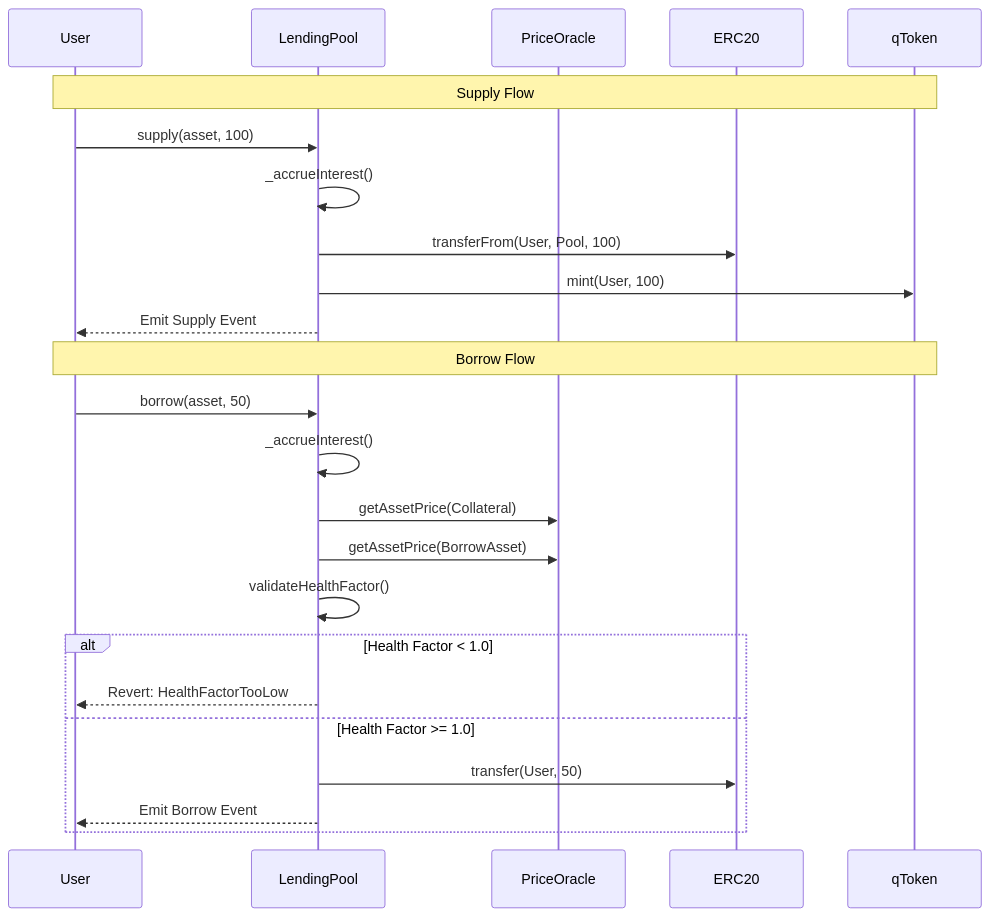
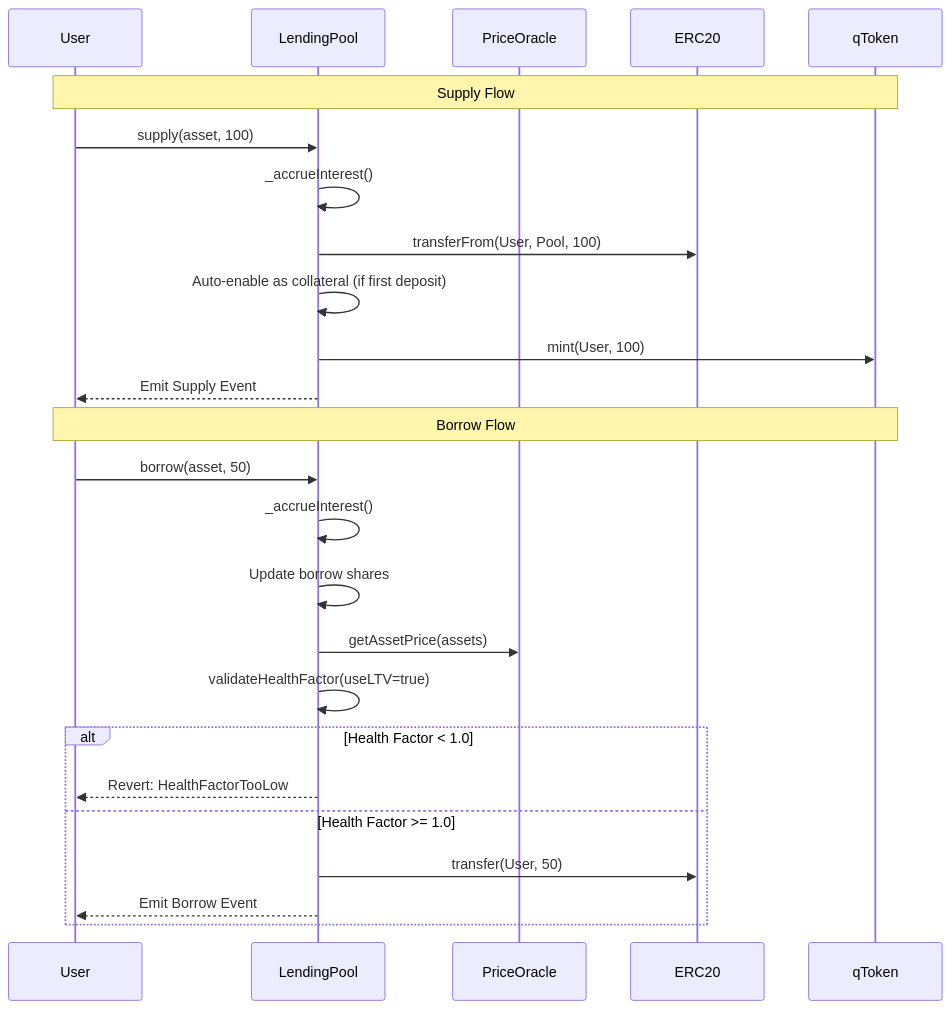
Before and after one commit to arifintahu/quicklend: the second of 3 diagrams in smart-contract/README.md, drawn with Mermaid. The commit also changed other lines of this file, not shown here.

````diff
--- a/smart-contract/README.md
+++ b/smart-contract/README.md
@@ -36,30 +77,31 @@
 ```mermaid
 sequenceDiagram
     participant User
     participant LP as LendingPool
     participant Oracle as PriceOracle
     participant Token as ERC20
     participant qToken as qToken
 
     %% Supply Flow
     Note over User, qToken: Supply Flow
     User->>LP: supply(asset, 100)
     LP->>LP: _accrueInterest()
     LP->>Token: transferFrom(User, Pool, 100)
+    LP->>LP: Auto-enable as collateral (if first deposit)
     LP->>qToken: mint(User, 100)
     LP-->>User: Emit Supply Event
 
     %% Borrow Flow
     Note over User, qToken: Borrow Flow
     User->>LP: borrow(asset, 50)
     LP->>LP: _accrueInterest()
-    LP->>Oracle: getAssetPrice(Collateral)
-    LP->>Oracle: getAssetPrice(BorrowAsset)
-    LP->>LP: validateHealthFactor()
+    LP->>LP: Update borrow shares
+    LP->>Oracle: getAssetPrice(assets)
+    LP->>LP: validateHealthFactor(useLTV=true)
     alt Health Factor < 1.0
         LP-->>User: Revert: HealthFactorTooLow
     else Health Factor >= 1.0
         LP->>Token: transfer(User, 50)
         LP-->>User: Emit Borrow Event
     end
 ```
````
